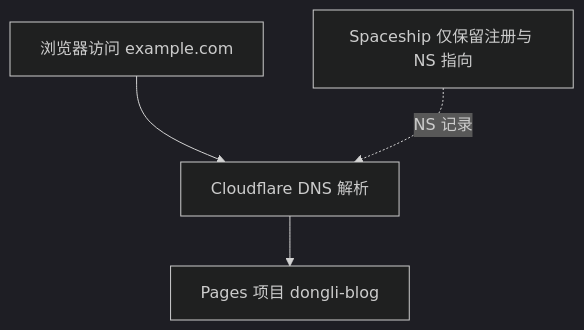
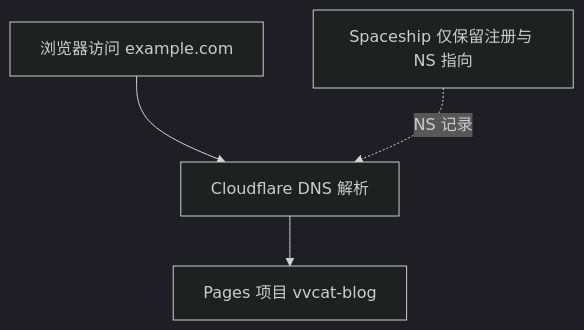
The diagram in docs/spaceship-cloudflare-custom-domain.md (vvcat0826-cmyk/vvcat-blog), drawn with Mermaid (dark theme) before and after one commit. The commit also changed other lines of this file and 4 other files, not shown here.

Commit message:
docs: rename Cloudflare Pages project to vvcat-blog

````diff
--- a/docs/spaceship-cloudflare-custom-domain.md
+++ b/docs/spaceship-cloudflare-custom-domain.md
@@ -18,9 +18,9 @@
 ```mermaid
 flowchart TB
   visitor[浏览器访问 example.com]
   cfDNS[Cloudflare DNS 解析]
-  cfPages[Pages 项目 dongli-blog]
+  cfPages[Pages 项目 vvcat-blog]
   visitor --> cfDNS --> cfPages
   spaceship[Spaceship 仅保留注册与 NS 指向]
   spaceship -.->|NS 记录| cfDNS
 ```
````
